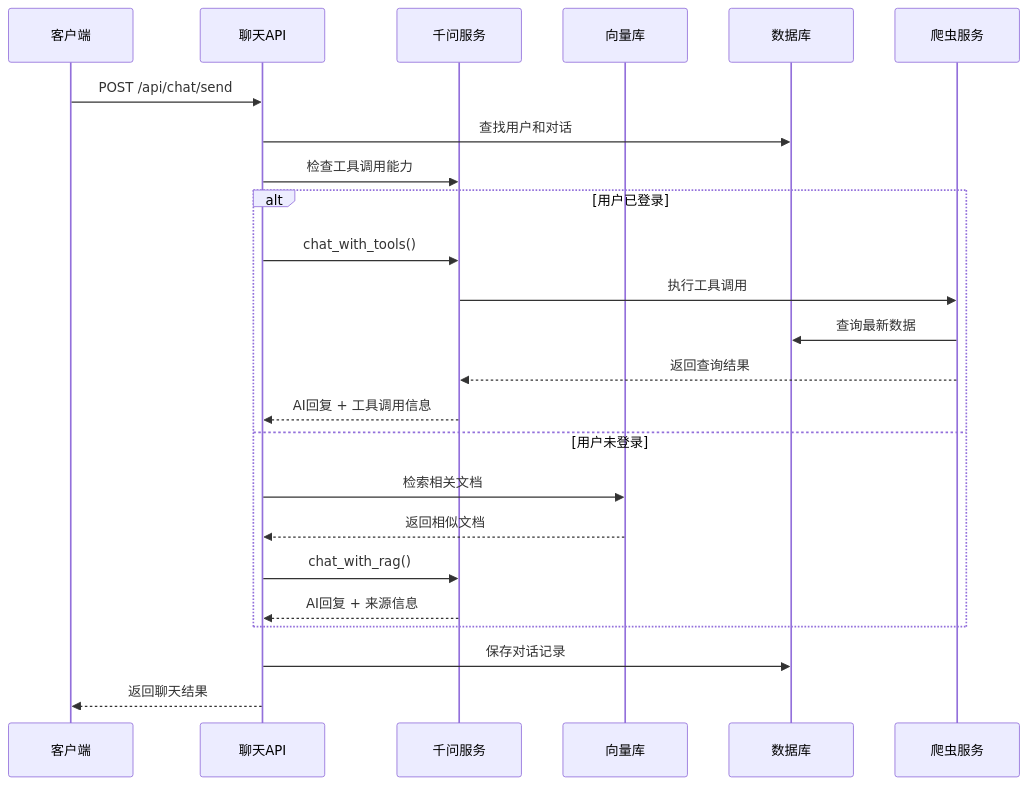
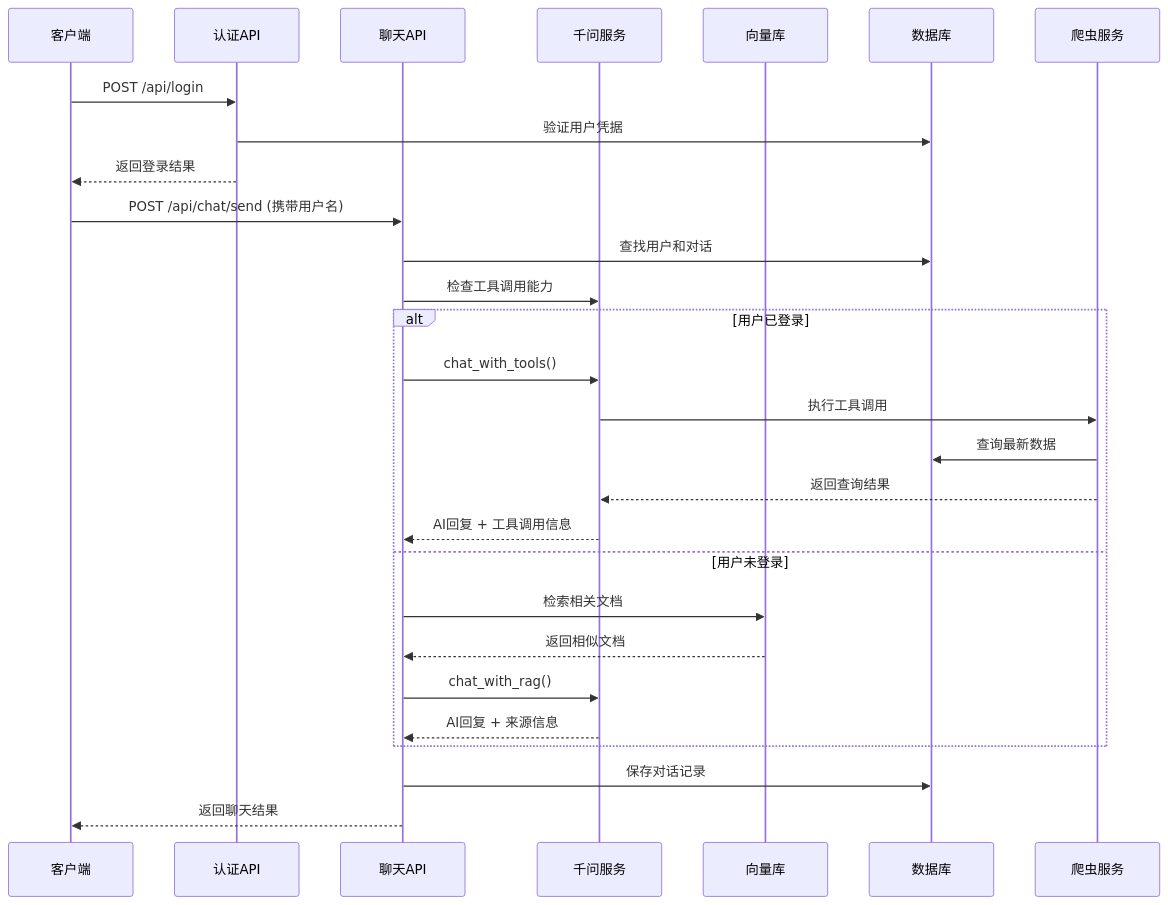
Before and after one commit to ghbbn053-ship-itsoulddog/soulddog: the second of 6 diagrams in .qoder/repowiki/zh/content/后端API文档/聊天API增强.md, drawn with Mermaid. The commit also changed other lines of this file and 11 other files, not shown here.

````diff
--- a/.qoder/repowiki/zh/content/后端API文档/聊天API增强.md
+++ b/.qoder/repowiki/zh/content/后端API文档/聊天API增强.md
@@ -117,26 +135,30 @@
 ```mermaid
 sequenceDiagram
 participant Client as 客户端
+participant Auth as 认证API
 participant API as 聊天API
 participant Qwen as 千问服务
 participant Vector as 向量库
 participant DB as 数据库
 participant Scraper as 爬虫服务
-Client->>API : POST /api/chat/send
+Client->>Auth : POST /api/login
+Auth->>DB : 验证用户凭据
+Auth-->>Client : 返回登录结果
+Client->>API : POST /api/chat/send (携带用户名)
 API->>DB : 查找用户和对话
 API->>Qwen : 检查工具调用能力
 alt 用户已登录
 API->>Qwen : chat_with_tools()
 Qwen->>Scraper : 执行工具调用
 Scraper->>DB : 查询最新数据
 Scraper-->>Qwen : 返回查询结果
 Qwen-->>API : AI回复 + 工具调用信息
 else 用户未登录
 API->>Vector : 检索相关文档
 Vector-->>API : 返回相似文档
 API->>Qwen : chat_with_rag()
 Qwen-->>API : AI回复 + 来源信息
 end
 API->>DB : 保存对话记录
 API-->>Client : 返回聊天结果
 ```
````
